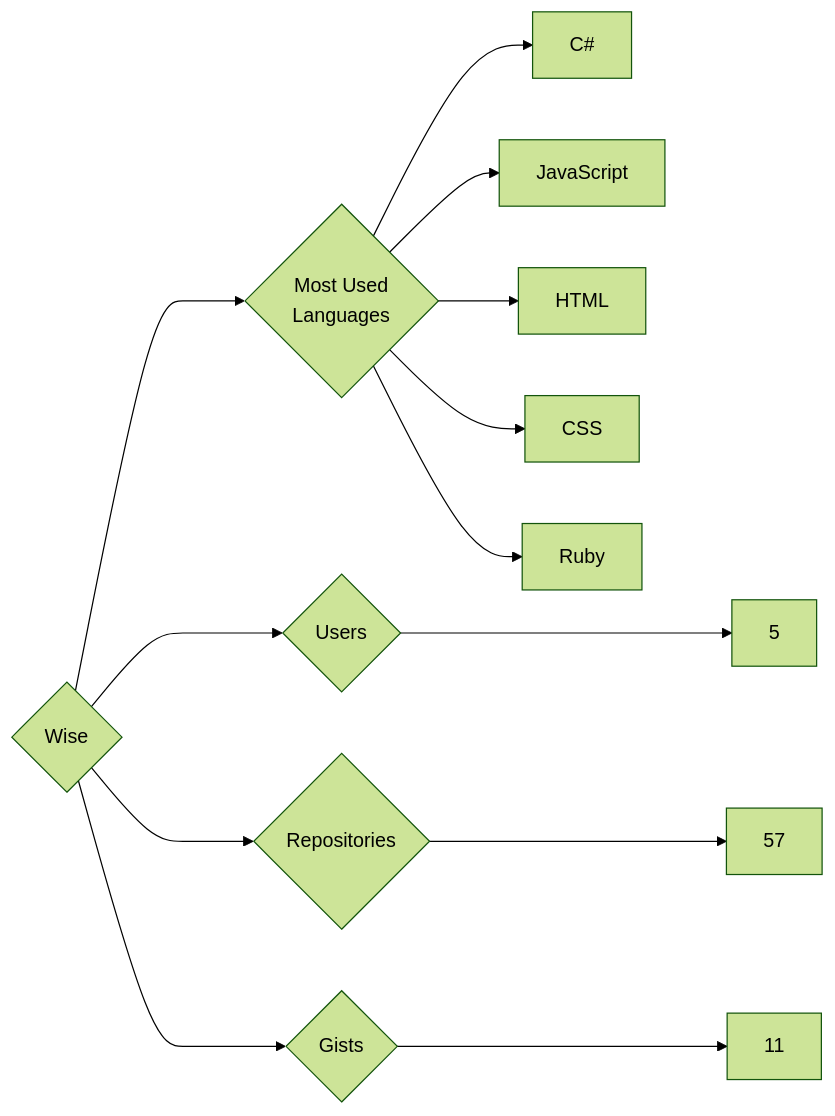
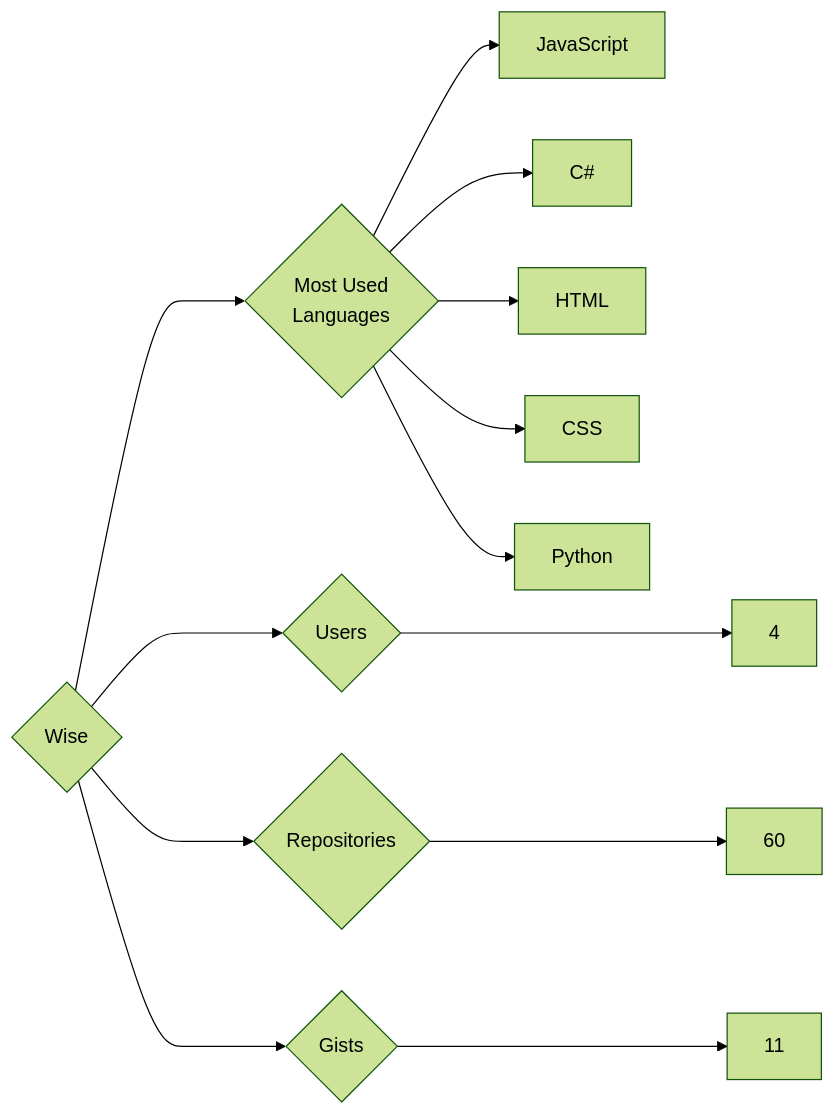
Before and after one commit to trickest/insiders: the diagram in targets/Wise/README.md, drawn with Mermaid (forest theme). The commit also changed 1389 other files, not shown here.

````diff
--- a/targets/Wise/README.md
+++ b/targets/Wise/README.md
@@ -3,13 +3,13 @@
 ```mermaid
 graph LR
 COMPANY_NAME{Wise}
-COMPANY_NAME ---> U{Users} ---> UN[5]
-COMPANY_NAME ---> R{Repositories} ---> RN[57]
+COMPANY_NAME ---> U{Users} ---> UN[4]
+COMPANY_NAME ---> R{Repositories} ---> RN[60]
 COMPANY_NAME ---> G{Gists} ---> GN[11]
 COMPANY_NAME ---> ML{Most Used<br>Languages}
+ML --> JavaScript[JavaScript]
 ML --> C#[C#]
-ML --> JavaScript[JavaScript]
 ML --> HTML[HTML]
 ML --> CSS[CSS]
-ML --> Ruby[Ruby]
+ML --> Python[Python]
 ```
````
